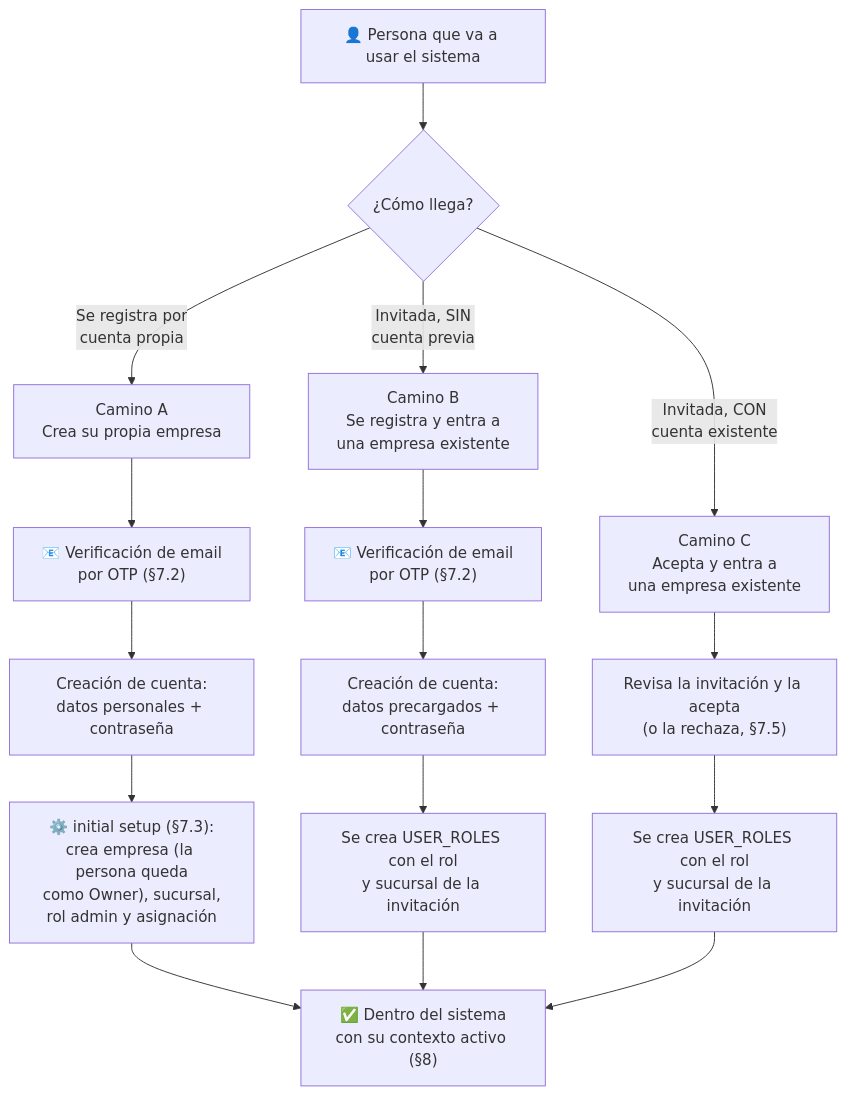
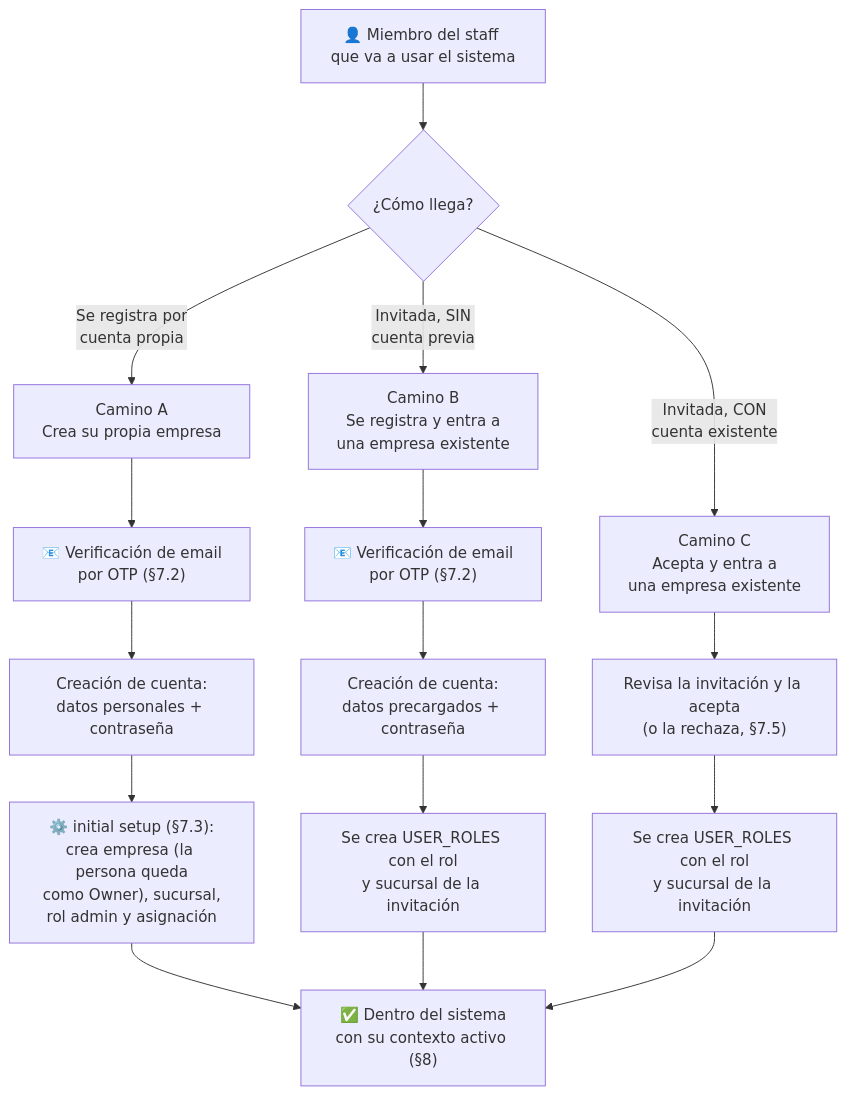
One commit to Franco98404/database-guidelines changed the fifth of 16 diagrams in database-guidelines.md. Above: the diagram before and after it, drawn with Mermaid. The commit also changed other lines of this file, not shown here.

First line of the commit message:
Versión 1.8.0: usuarios finales, alcance agnóstico del cliente e historial de invitaciones

````diff
--- a/database-guidelines.md
+++ b/database-guidelines.md
@@ -391,19 +440,19 @@
 ```mermaid
 flowchart TD
-    START["👤 Persona que va a usar el sistema"] --> Q{"¿Cómo llega?"}
+    START["👤 Miembro del staff que va a usar el sistema"] --> Q{"¿Cómo llega?"}
     Q -- "Se registra por<br/>cuenta propia" --> A0["Camino A<br/>Crea su propia empresa"]
     Q -- "Invitada, SIN<br/>cuenta previa" --> B0["Camino B<br/>Se registra y entra a<br/>una empresa existente"]
     Q -- "Invitada, CON<br/>cuenta existente" --> C0["Camino C<br/>Acepta y entra a<br/>una empresa existente"]
 
     A0 --> OTPA["📧 Verificación de email<br/>por OTP (§7.2)"]
     B0 --> OTPB["📧 Verificación de email<br/>por OTP (§7.2)"]
     OTPA --> CTAA["Creación de cuenta:<br/>datos personales + contraseña"]
     OTPB --> CTAB["Creación de cuenta:<br/>datos precargados + contraseña"]
     CTAA --> SETUP["⚙️ initial setup (§7.3):<br/>crea empresa (la persona queda<br/>como Owner), sucursal,<br/>rol admin y asignación"]
     CTAB --> URB["Se crea USER_ROLES con el rol<br/>y sucursal de la invitación"]
     C0 --> ACC["Revisa la invitación y la acepta<br/>(o la rechaza, §7.5)"]
     ACC --> URC["Se crea USER_ROLES con el rol<br/>y sucursal de la invitación"]
     SETUP --> FIN["✅ Dentro del sistema<br/>con su contexto activo (§8)"]
     URB --> FIN
     URC --> FIN
 ```
````
